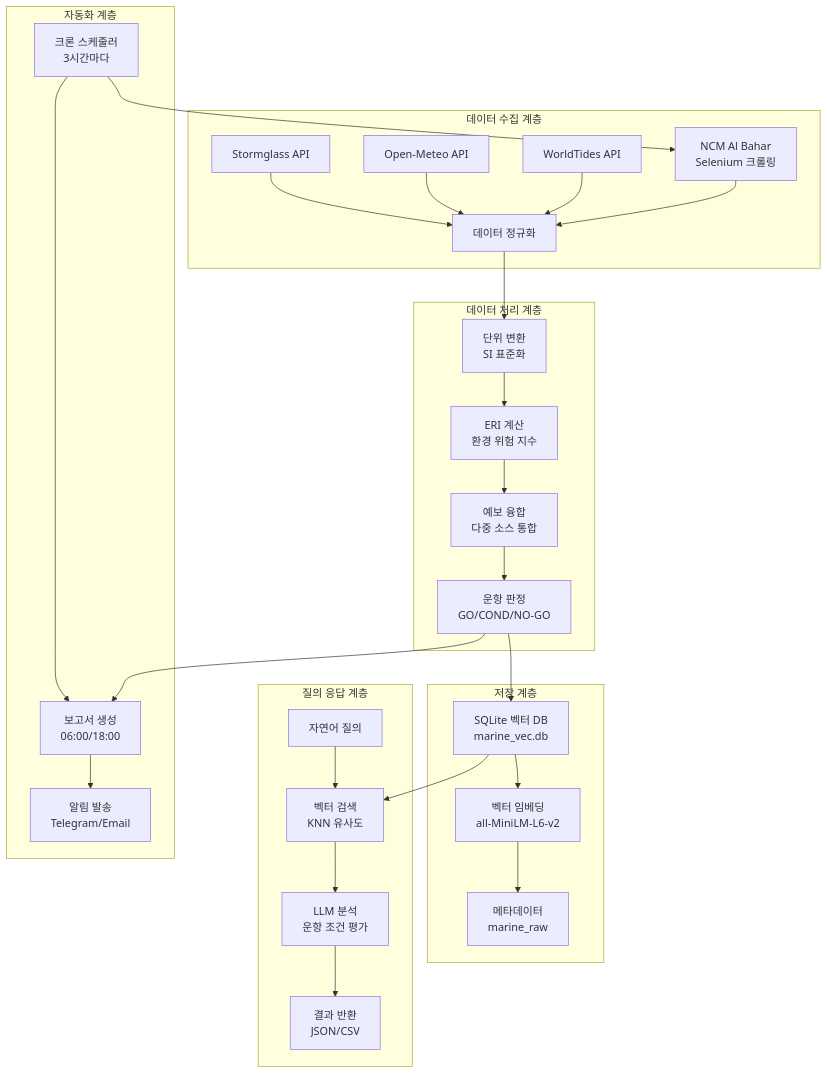
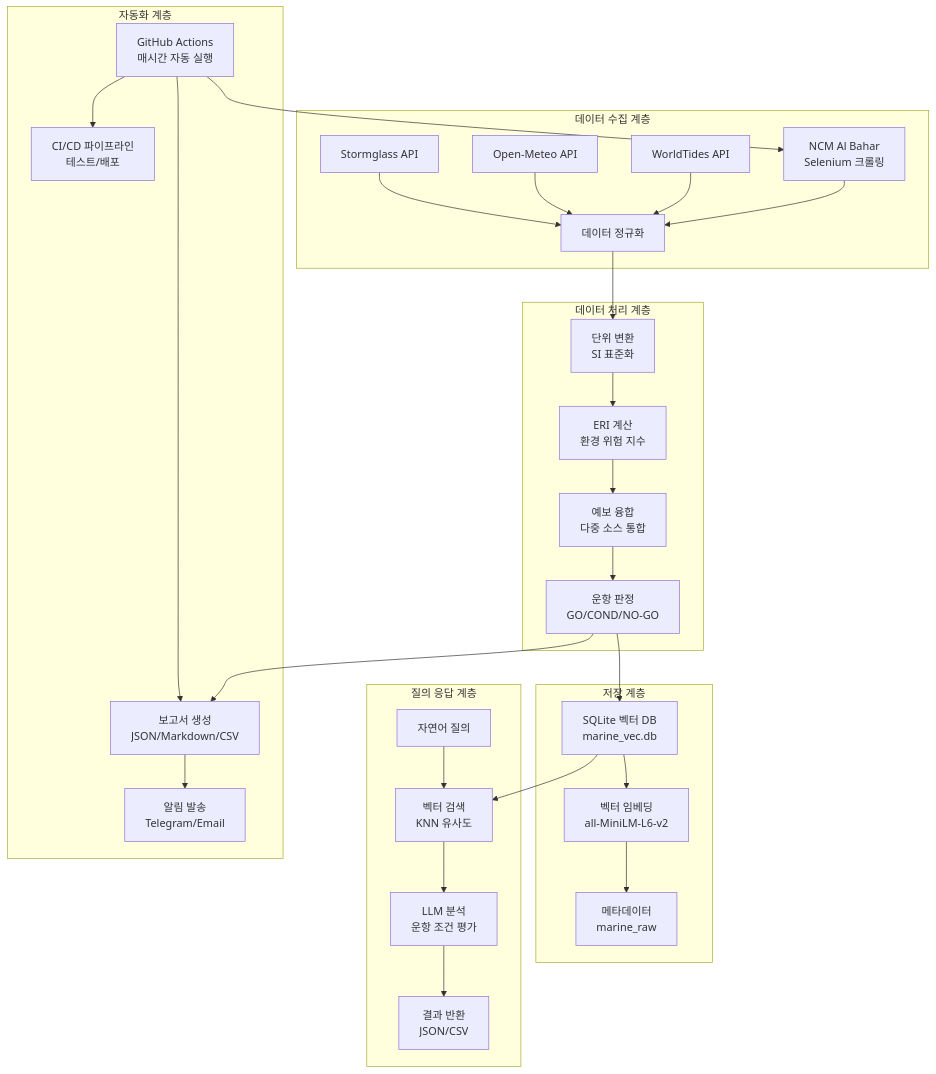
The diagram in SYSTEM_ARCHITECTURE.md (macho715/hvdc_marine_ingest), drawn with Mermaid before and after one commit. The commit also changed other lines of this file and 1 other file, not shown here.

First line of the commit message:
docs(architecture): update system architecture documentation

````diff
--- a/SYSTEM_ARCHITECTURE.md
+++ b/SYSTEM_ARCHITECTURE.md
@@ -18,37 +20,38 @@
 ```mermaid
 graph TD
     subgraph "데이터 수집 계층"
         A1[Stormglass API] --> B[데이터 정규화]
         A2[Open-Meteo API] --> B
         A3[WorldTides API] --> B
         A4[NCM Al Bahar<br/>Selenium 크롤링] --> B
     end
     
     subgraph "데이터 처리 계층"
         B --> C[단위 변환<br/>SI 표준화]
         C --> D[ERI 계산<br/>환경 위험 지수]
         D --> E[예보 융합<br/>다중 소스 통합]
         E --> F[운항 판정<br/>GO/COND/NO-GO]
     end
     
     subgraph "저장 계층"
         F --> G[SQLite 벡터 DB<br/>marine_vec.db]
         G --> H[벡터 임베딩<br/>all-MiniLM-L6-v2]
         H --> I[메타데이터<br/>marine_raw]
     end
     
     subgraph "질의 응답 계층"
         J[자연어 질의] --> K[벡터 검색<br/>KNN 유사도]
         K --> L[LLM 분석<br/>운항 조건 평가]
         L --> M[결과 반환<br/>JSON/CSV]
     end
     
     subgraph "자동화 계층"
-        N[크론 스케줄러<br/>3시간마다] --> A4
-        N --> O[보고서 생성<br/>06:00/18:00]
+        N[GitHub Actions<br/>매시간 자동 실행] --> A4
+        N --> O[보고서 생성<br/>JSON/Markdown/CSV]
         O --> P[알림 발송<br/>Telegram/Email]
+        N --> Q[CI/CD 파이프라인<br/>테스트/배포]
     end
     
     G --> K
     F --> O
 ```
````
